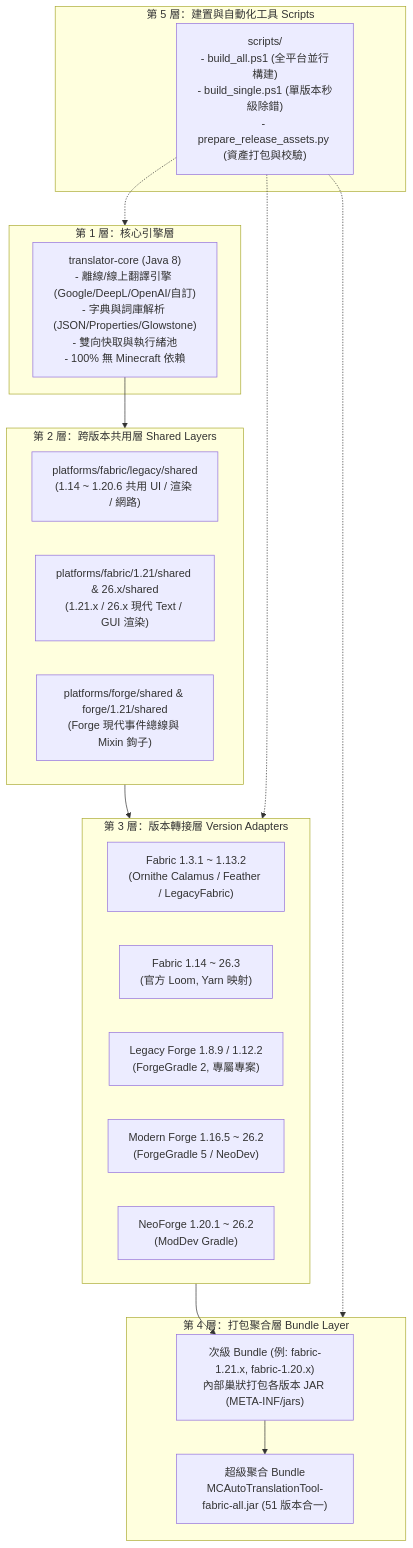
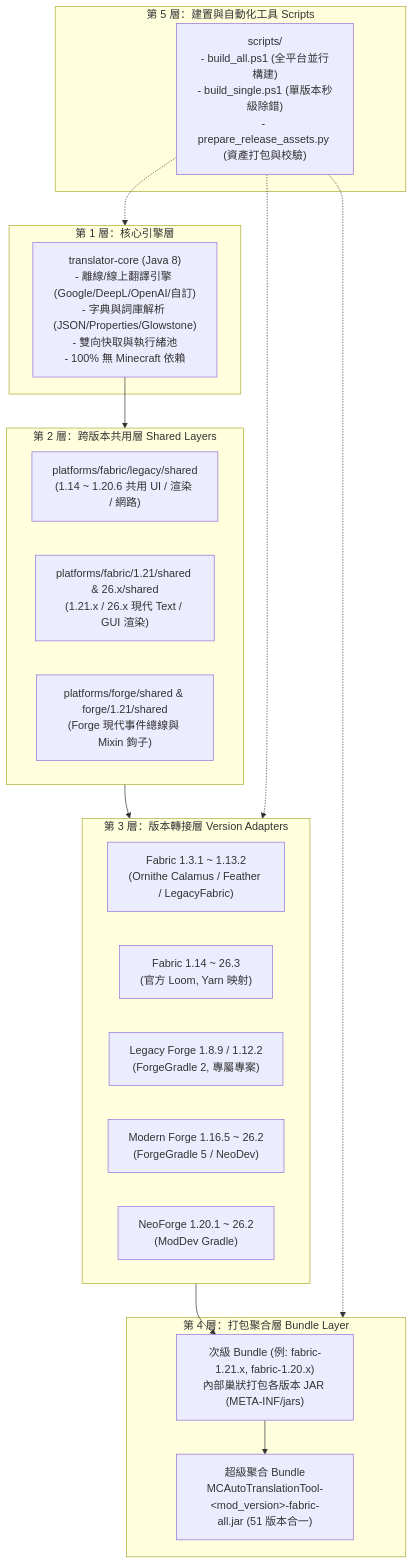
One commit to TWJohnJohn20116/mc-auto-translation-tool changed the diagram in docs/Zh-tw/ARCHITECTURE.md. Above: the diagram before and after it, drawn with Mermaid. The commit also changed other lines of this file and 142 other files, not shown here.

````diff
--- a/docs/Zh-tw/ARCHITECTURE.md
+++ b/docs/Zh-tw/ARCHITECTURE.md
@@ -16,37 +16,37 @@
 ```mermaid
 flowchart TD
     subgraph Layer1 [第 1 層：核心引擎層]
         Core["translator-core (Java 8)<br/>- 離線/線上翻譯引擎 (Google/DeepL/OpenAI/自訂)<br/>- 字典與詞庫解析 (JSON/Properties/Glowstone)<br/>- 雙向快取與執行緒池<br/>- 100% 無 Minecraft 依賴"]
     end
 
     subgraph Layer2 [第 2 層：跨版本共用層 Shared Layers]
         SharedFabLegacy["platforms/fabric/legacy/shared<br/>(1.14 ~ 1.20.6 共用 UI / 渲染 / 網路)"]
         SharedFabModern["platforms/fabric/1.21/shared & 26.x/shared<br/>(1.21.x / 26.x 現代 Text / GUI 渲染)"]
         SharedForge["platforms/forge/shared & forge/1.21/shared<br/>(Forge 現代事件總線與 Mixin 鉤子)"]
     end
 
     subgraph Layer3 [第 3 層：版本轉接層 Version Adapters]
         V_FabOrnithe["Fabric 1.3.1 ~ 1.13.2<br/>(Ornithe Calamus / Feather / LegacyFabric)"]
         V_FabModern["Fabric 1.14 ~ 26.3<br/>(官方 Loom, Yarn 映射)"]
         V_ForgeLegacy["Legacy Forge 1.8.9 / 1.12.2<br/>(ForgeGradle 2, 專屬專案)"]
         V_ForgeModern["Modern Forge 1.16.5 ~ 26.2<br/>(ForgeGradle 5 / NeoDev)"]
         V_NeoForge["NeoForge 1.20.1 ~ 26.2<br/>(ModDev Gradle)"]
     end
 
     subgraph Layer4 [第 4 層：打包聚合層 Bundle Layer]
         SubBundle["次級 Bundle (例: fabric-1.21.x, fabric-1.20.x)<br/>內部巢狀打包各版本 JAR (META-INF/jars)"]
-        AllBundle["超級聚合 Bundle<br/>MCAutoTranslationTool-fabric-all.jar (51 版本合一)"]
+        AllBundle["超級聚合 Bundle<br/>MCAutoTranslationTool-&lt;mod_version&gt;-fabric-all.jar (51 版本合一)"]
     end
 
     subgraph Layer5 [第 5 層：建置與自動化工具 Scripts]
         Scripts["scripts/<br/>- build_all.ps1 (全平台並行構建)<br/>- build_single.ps1 (單版本秒級除錯)<br/>- prepare_release_assets.py (資產打包與校驗)"]
     end
 
     Core --> Layer2
     Layer2 --> Layer3
     Layer3 --> SubBundle
     SubBundle --> AllBundle
     Scripts -.-> Layer1
     Scripts -.-> Layer3
     Scripts -.-> Layer4
 ```
````
